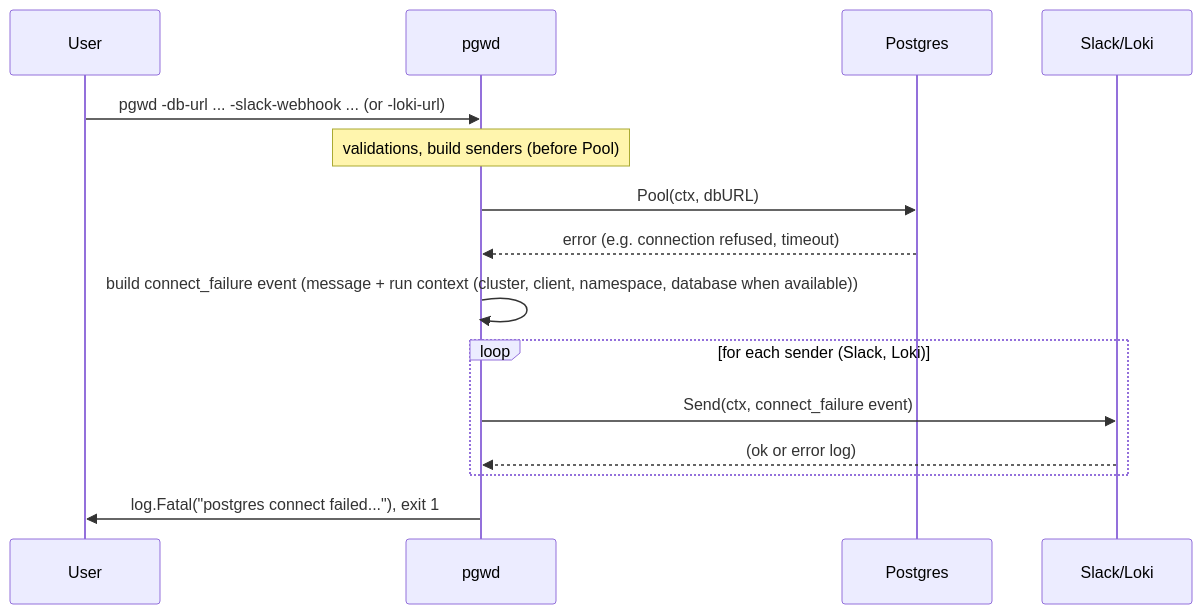
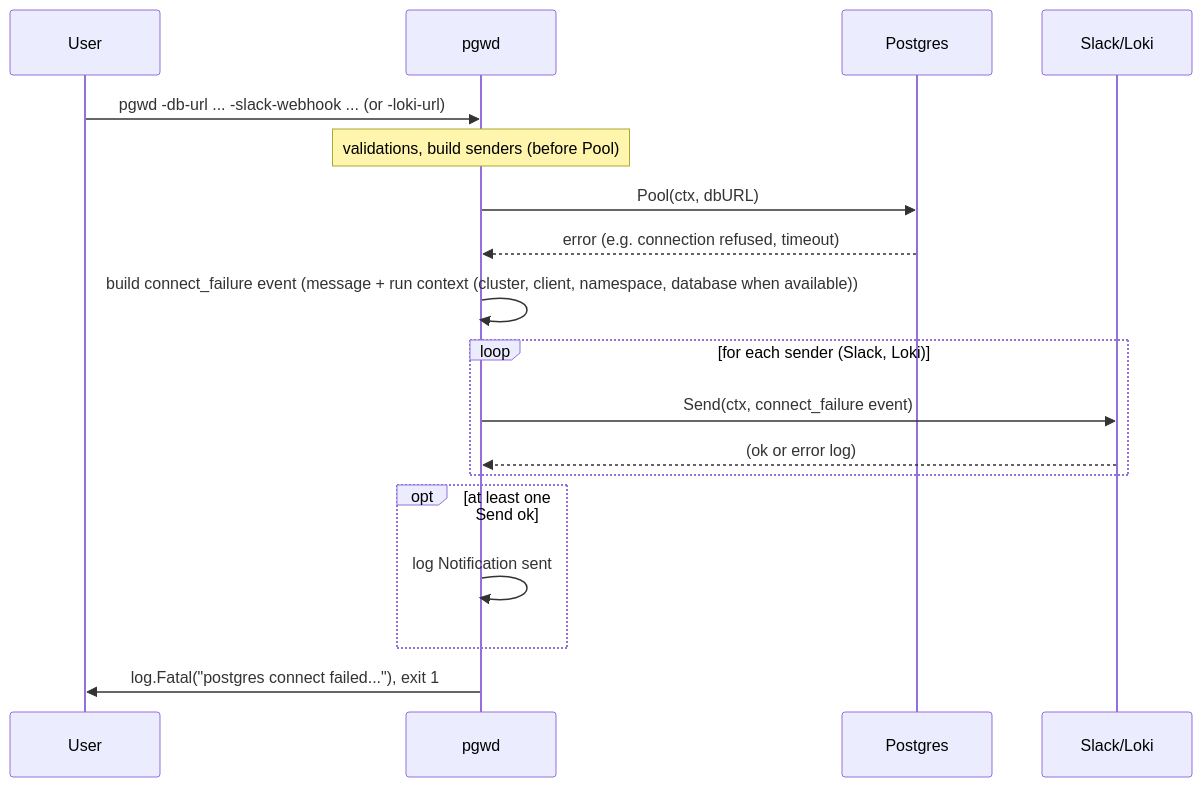
One commit to hrodrig/pgwd changed the diagram in docs/sequence/07-connect-failure-notification.md. Above: the diagram before and after it, drawn with Mermaid. The commit also changed 18 other files, not shown here.

````diff
--- a/docs/sequence/07-connect-failure-notification.md
+++ b/docs/sequence/07-connect-failure-notification.md
@@ -5,18 +5,21 @@
 ```mermaid
 sequenceDiagram
     participant User
     participant pgwd
     participant Postgres
     participant Slack as Slack/Loki
 
     User->>pgwd: pgwd -db-url ... -slack-webhook ... (or -loki-url)
     Note over pgwd: validations, build senders (before Pool)
     pgwd->>Postgres: Pool(ctx, dbURL)
     Postgres-->>pgwd: error (e.g. connection refused, timeout)
     pgwd->>pgwd: build connect_failure event (message + run context (cluster, client, namespace, database when available))
     loop for each sender (Slack, Loki)
         pgwd->>Slack: Send(ctx, connect_failure event)
         Slack-->>pgwd: (ok or error log)
     end
+    opt at least one Send ok
+        pgwd->>pgwd: log Notification sent
+    end
     pgwd->>User: log.Fatal("postgres connect failed..."), exit 1
 ```
````
